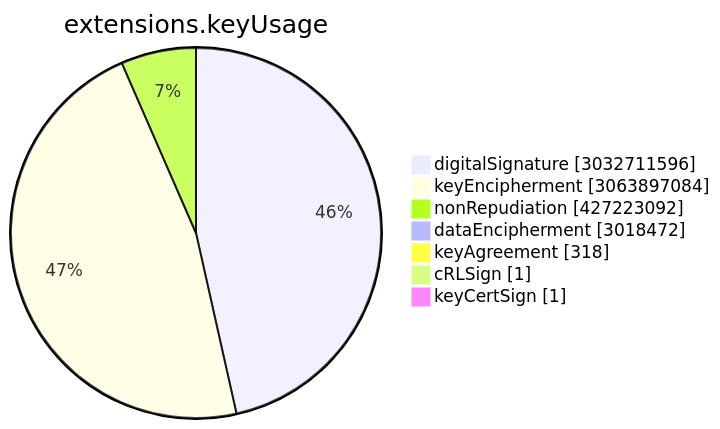
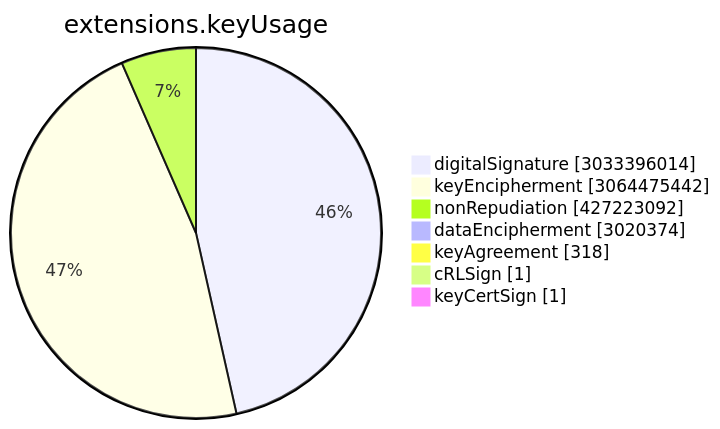
The sixth of 15 diagrams in TOTAL/README.md (christiankrug/ctmonitor_visualization), drawn with Mermaid before and after one commit. The commit also changed other lines of this file, not shown here.

````diff
--- a/TOTAL/README.md
+++ b/TOTAL/README.md
@@ -3075,11 +3075,11 @@
 ```mermaid
 pie showData
 title extensions.keyUsage
-"digitalSignature" :3032711596
-"keyEncipherment" :3063897084
+"digitalSignature" :3033396014
+"keyEncipherment" :3064475442
 "nonRepudiation" :427223092
-"dataEncipherment" :3018472
+"dataEncipherment" :3020374
 "keyAgreement" :318
 "cRLSign" :1
 "keyCertSign" :1
 ```
````
